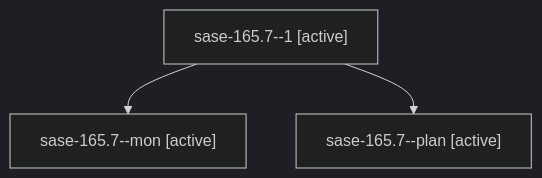
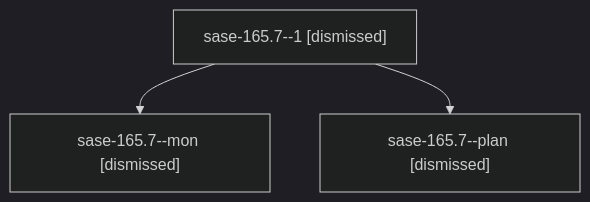
The diagram in sessions/bbugyi200.athena.sase-165.7.md (sase-org/sase--agents), drawn with Mermaid (dark theme) before and after one commit. The commit also changed other lines of this file and 93 other files, not shown here.

````diff
--- a/sessions/bbugyi200.athena.sase-165.7.md
+++ b/sessions/bbugyi200.athena.sase-165.7.md
@@ -9,8 +9,8 @@
 ```mermaid
 flowchart TD
-  n0["sase-165.7--1 [active]"]
-  n1["sase-165.7--mon [active]"]
+  n0["sase-165.7--1 [dismissed]"]
+  n1["sase-165.7--mon [dismissed]"]
   n0 --> n1
-  n2["sase-165.7--plan [active]"]
+  n2["sase-165.7--plan [dismissed]"]
   n0 --> n2
 ```
````
